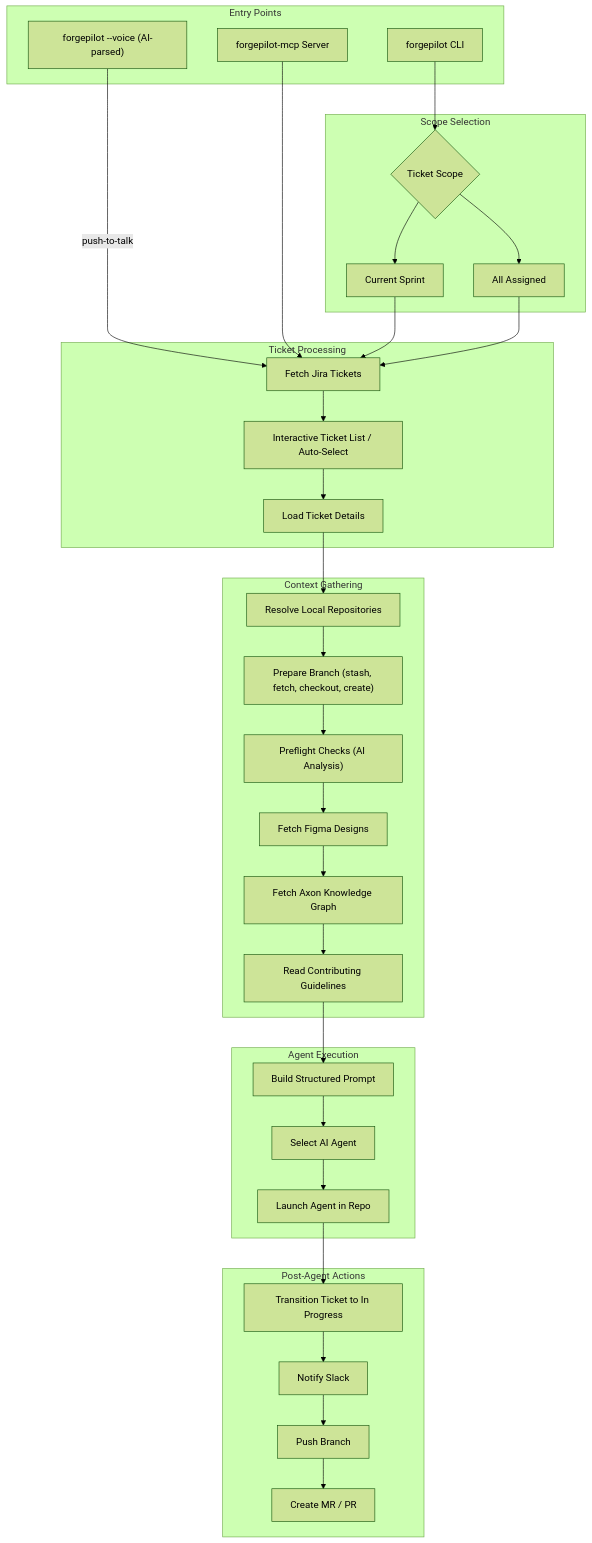
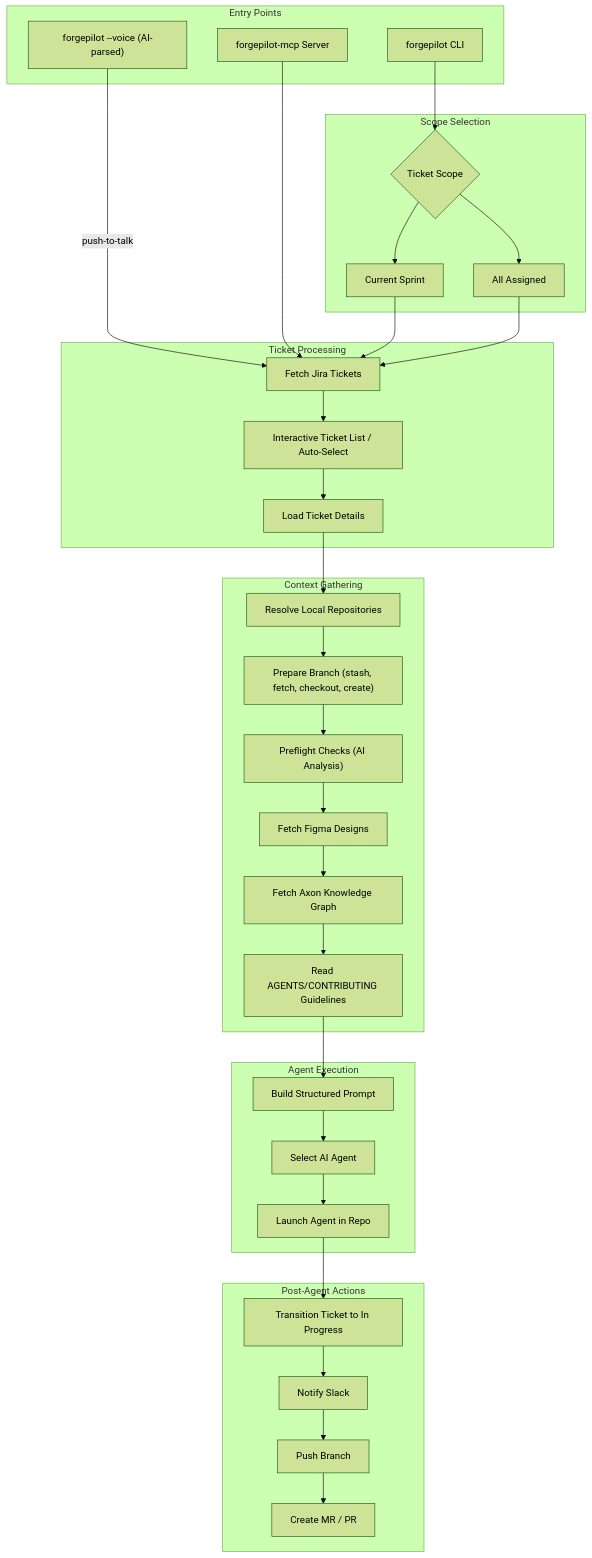
One commit to shivam-S-bisht/forgepilot changed the diagram in README.md. Above: the diagram before and after it, drawn with Mermaid (forest theme). The commit also changed other lines of this file and 3 other files, not shown here.

````diff
--- a/README.md
+++ b/README.md
@@ -9,62 +9,62 @@
 ```mermaid
 flowchart TD
     subgraph entryPoints [Entry Points]
         CLI["forgepilot CLI"]
         MCP["forgepilot-mcp Server"]
         Voice["forgepilot --voice (AI-parsed)"]
     end
 
     subgraph scopeSelection [Scope Selection]
         Scope{"Ticket Scope"}
         CurrentSprint["Current Sprint"]
         AllAssigned["All Assigned"]
     end
 
     subgraph ticketFlow [Ticket Processing]
         FetchTickets["Fetch Jira Tickets"]
         TicketList["Interactive Ticket List / Auto-Select"]
         LoadDetails["Load Ticket Details"]
     end
 
     subgraph contextGathering [Context Gathering]
         ResolveRepos["Resolve Local Repositories"]
         PrepareBranch["Prepare Branch (stash, fetch, checkout, create)"]
         Preflight["Preflight Checks (AI Analysis)"]
         FigmaCtx["Fetch Figma Designs"]
         AxonCtx["Fetch Axon Knowledge Graph"]
-        Guidelines["Read Contributing Guidelines"]
+        Guidelines["Read AGENTS/CONTRIBUTING Guidelines"]
     end
 
     subgraph agentExecution [Agent Execution]
         BuildPrompt["Build Structured Prompt"]
         PickAgent["Select AI Agent"]
         LaunchAgent["Launch Agent in Repo"]
     end
 
     subgraph postAgent [Post-Agent Actions]
         TransitionJira["Transition Ticket to In Progress"]
         NotifySlack["Notify Slack"]
         PushBranch["Push Branch"]
         CreatePR["Create MR / PR"]
     end
 
     CLI --> Scope
     Voice -->|"push-to-talk"| FetchTickets
     MCP --> FetchTickets
     Scope --> CurrentSprint --> FetchTickets
     Scope --> AllAssigned --> FetchTickets
     FetchTickets --> TicketList --> LoadDetails
     LoadDetails --> ResolveRepos
     ResolveRepos --> PrepareBranch
     PrepareBranch --> Preflight
     Preflight --> FigmaCtx
     FigmaCtx --> AxonCtx
     AxonCtx --> Guidelines
     Guidelines --> BuildPrompt
     BuildPrompt --> PickAgent
     PickAgent --> LaunchAgent
     LaunchAgent --> TransitionJira
     TransitionJira --> NotifySlack
     NotifySlack --> PushBranch
     PushBranch --> CreatePR
 ```
````
